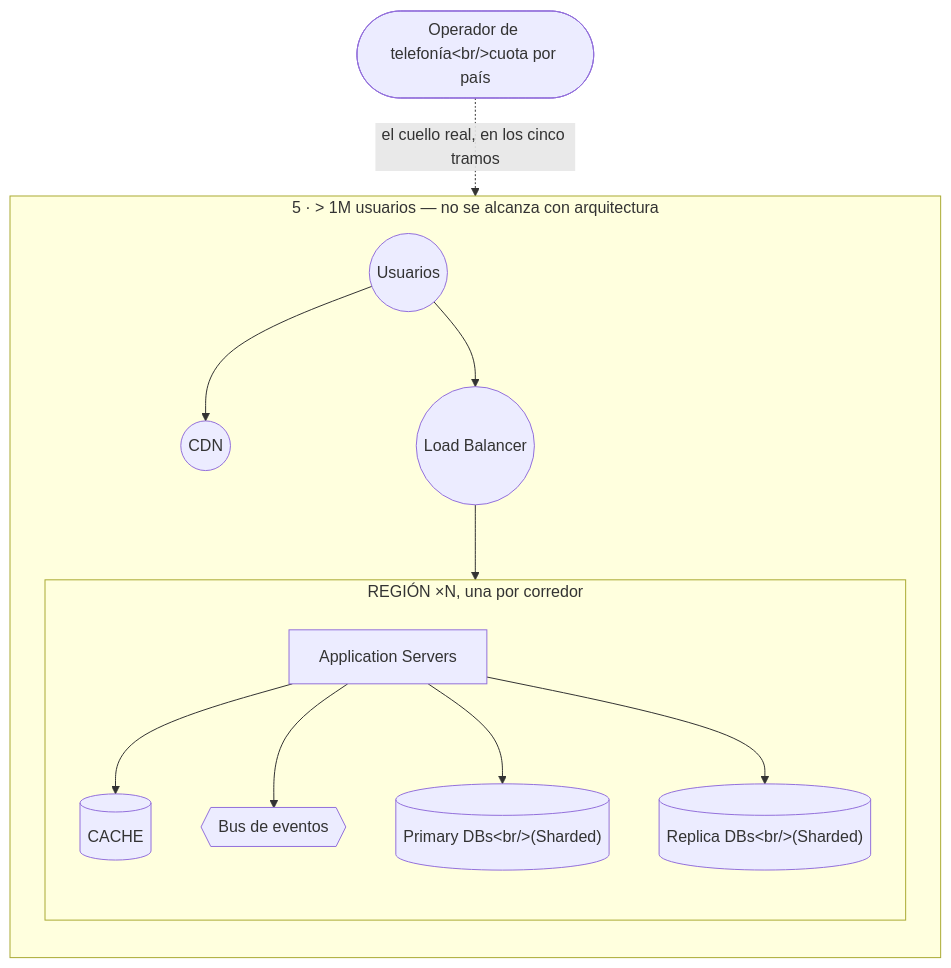
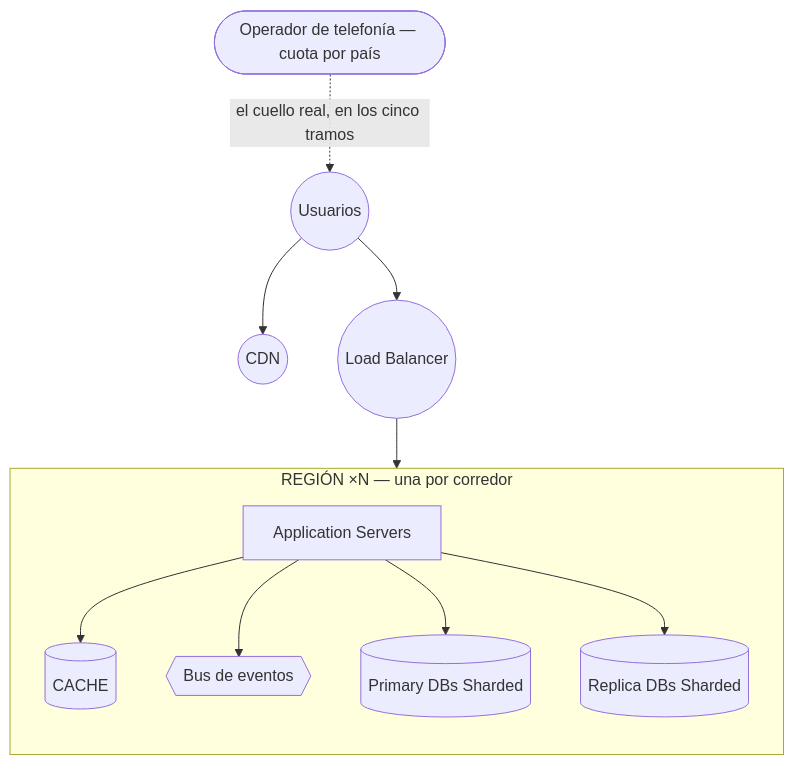
Before and after one commit to LuisMUtec/SWA-Labs: the fifth of 5 diagrams in LAB03-SendIt/redale/E-escalar/README.md, drawn with Mermaid. The commit also changed other lines of this file and 3 other files, not shown here.

Commit message:
Corregir el resumen de la entrega y regenerar el PDF con los cinco tramos

````diff
--- a/LAB03-SendIt/redale/E-escalar/README.md
+++ b/LAB03-SendIt/redale/E-escalar/README.md
@@ -220,17 +229,14 @@
 ```mermaid
 flowchart TB
-  subgraph T5["5 · &gt; 1M usuarios — no se alcanza con arquitectura"]
+  U5(("Usuarios")) --> CDN5(("CDN"))
+  U5 --> LB5(("Load Balancer"))
+  LB5 --> AS5
+  subgraph R5["REGIÓN ×N — una por corredor"]
     direction TB
-    U5(("Usuarios")) --> CDN5(("CDN"))
-    U5 --> LB5(("Load Balancer"))
-    subgraph R5["REGIÓN &times;N, una por corredor"]
-      direction TB
-      AS5["Application Servers"] --> CA5[("CACHE")]
-      AS5 --> BUS{{"Bus de eventos"}}
-      AS5 --> PDB5[("Primary DBs&lt;br/&gt;(Sharded)")]
-      AS5 --> RDB5[("Replica DBs&lt;br/&gt;(Sharded)")]
-    end
-    LB5 --> AS5
+    AS5["Application Servers"] --> CA5[("CACHE")]
+    AS5 --> BUS{{"Bus de eventos"}}
+    AS5 --> PDB5[("Primary DBs Sharded")]
+    AS5 --> RDB5[("Replica DBs Sharded")]
   end
-  TEL(["Operador de telefonía&lt;br/&gt;cuota por país"]) -.->|"el cuello real, en los cinco tramos"| U5
+  TEL(["Operador de telefonía — cuota por país"]) -.->|"el cuello real, en los cinco tramos"| U5
 ```
````
